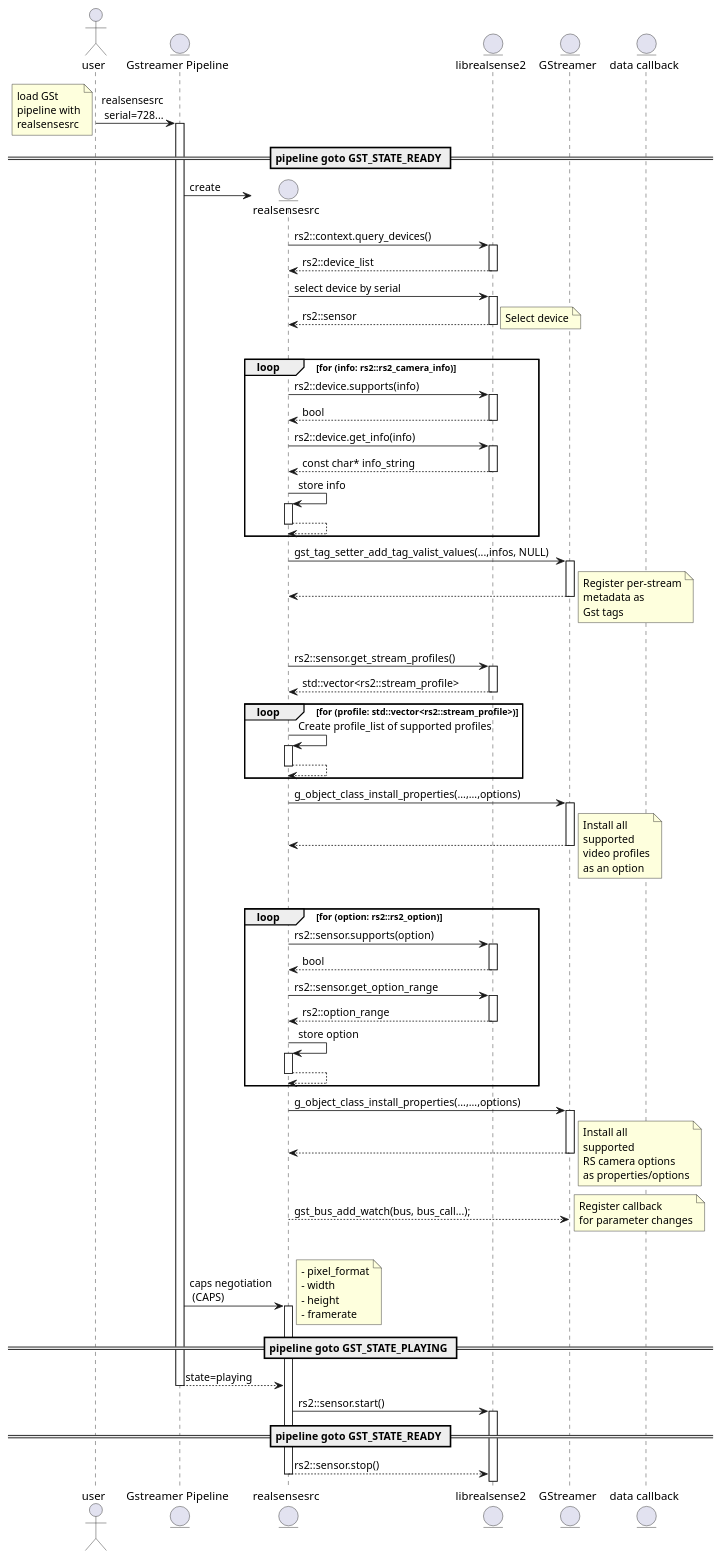
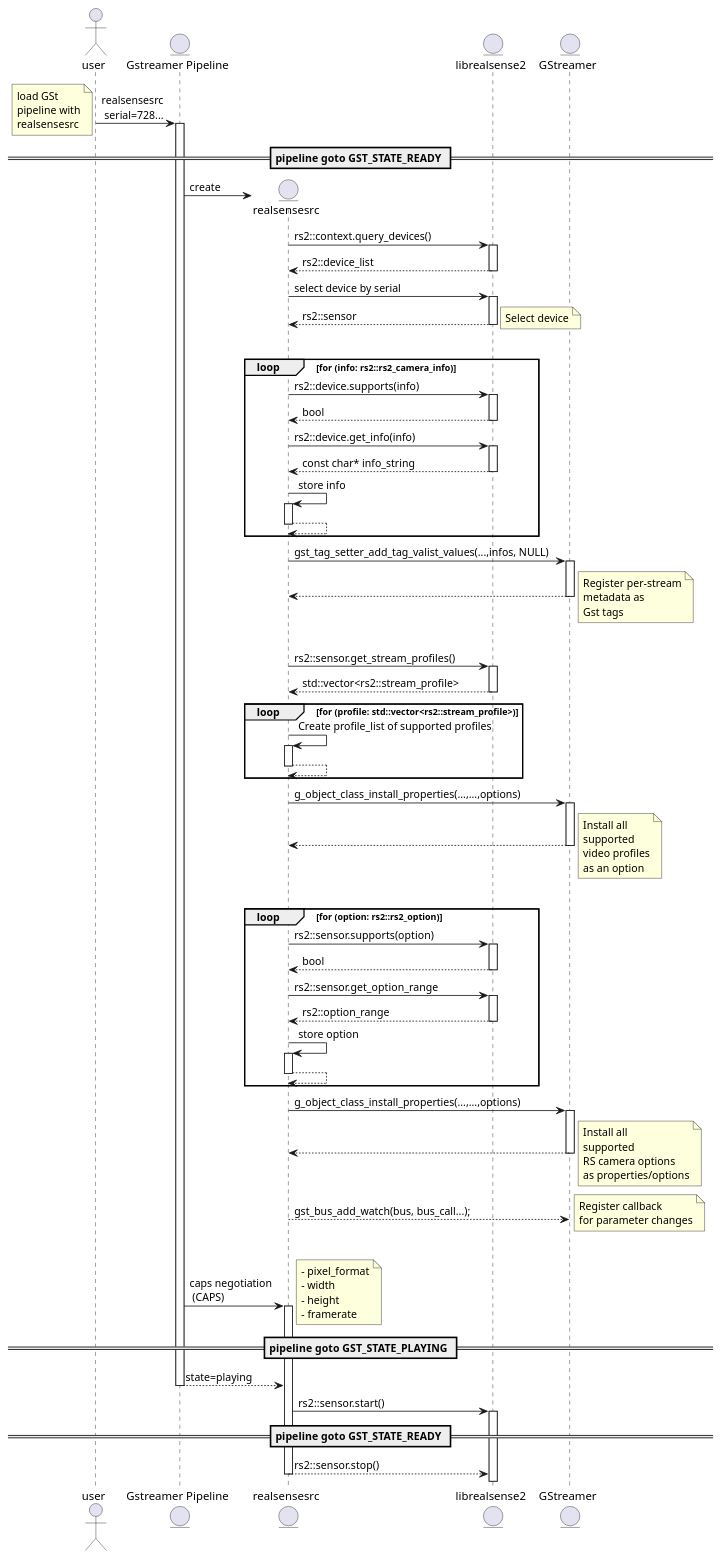
Before and after one commit to thaytan/contrib: the diagram in docs/modules/ROOT/partials/realsensesrc-sequence.plantuml, drawn with PlantUML. The commit also changed 3 other files, not shown here.

```diff
--- a/docs/modules/ROOT/partials/realsensesrc-sequence.plantuml
+++ b/docs/modules/ROOT/partials/realsensesrc-sequence.plantuml
@@ -1,103 +1,102 @@
-@startuml
+@startuml realsensesrc
 Actor user
 entity "Gstreamer Pipeline" as g_pipe
 entity "realsensesrc" as src
 entity "librealsense2" as lrs
 entity "GStreamer" as go
-entity "data callback" as d_cb
 
 autoactivate on
 user -> g_pipe: realsensesrc \n serial=728...
 note left
   load GSt
   pipeline with
   realsensesrc
 end note
 
 ==pipeline goto GST_STATE_READY ==
 
 g_pipe -> src **: create
 src -> lrs: rs2::context.query_devices()
 return rs2::device_list
 
 src->lrs : select device by serial
 return rs2::sensor
 note right
   Select device
 end note
 |||
 
 loop for (info: rs2::rs2_camera_info)
   src->lrs: rs2::device.supports(info)
   return bool
   src->lrs: rs2::device.get_info(info)
   return const char* info_string
   src->src: store info
   return
 end
 src -> go: gst_tag_setter_add_tag_valist_values(...,infos, NULL)
 return
 note right
   Register per-stream
   metadata as
   Gst tags
 end note
 |||
 src -> lrs: rs2::sensor.get_stream_profiles()
 return std::vector<rs2::stream_profile>
 
 loop for (profile: std::vector<rs2::stream_profile>)
   src->src: Create profile_list of supported profiles
   return
 end
 src -> go: g_object_class_install_properties(...,...,options)
 return
 note right
   Install all
   supported
   video profiles
   as an option
 end note
 |||
 
 loop for (option: rs2::rs2_option)
   src->lrs: rs2::sensor.supports(option)
   return bool
   src->lrs: rs2::sensor.get_option_range
   return  rs2::option_range
   src->src: store option
   return
 end
 src -> go: g_object_class_install_properties(...,...,options)
 return
 note right
   Install all
   supported
   RS camera options
   as properties/options
 end note
 
 src --> go: gst_bus_add_watch(bus, bus_call...);
 note right
   Register callback
   for parameter changes
 end note
 |||
 
 g_pipe -> src: caps negotiation \n (CAPS)
 note right
   - pixel_format
   - width
   - height
   - framerate
 end note
 
 ==pipeline goto GST_STATE_PLAYING ==
 
 g_pipe --> src: state=playing
 src -> lrs: rs2::sensor.start()
 
 ==pipeline goto GST_STATE_READY ==
 src --> lrs: rs2::sensor.stop()
 
 @enduml
```
